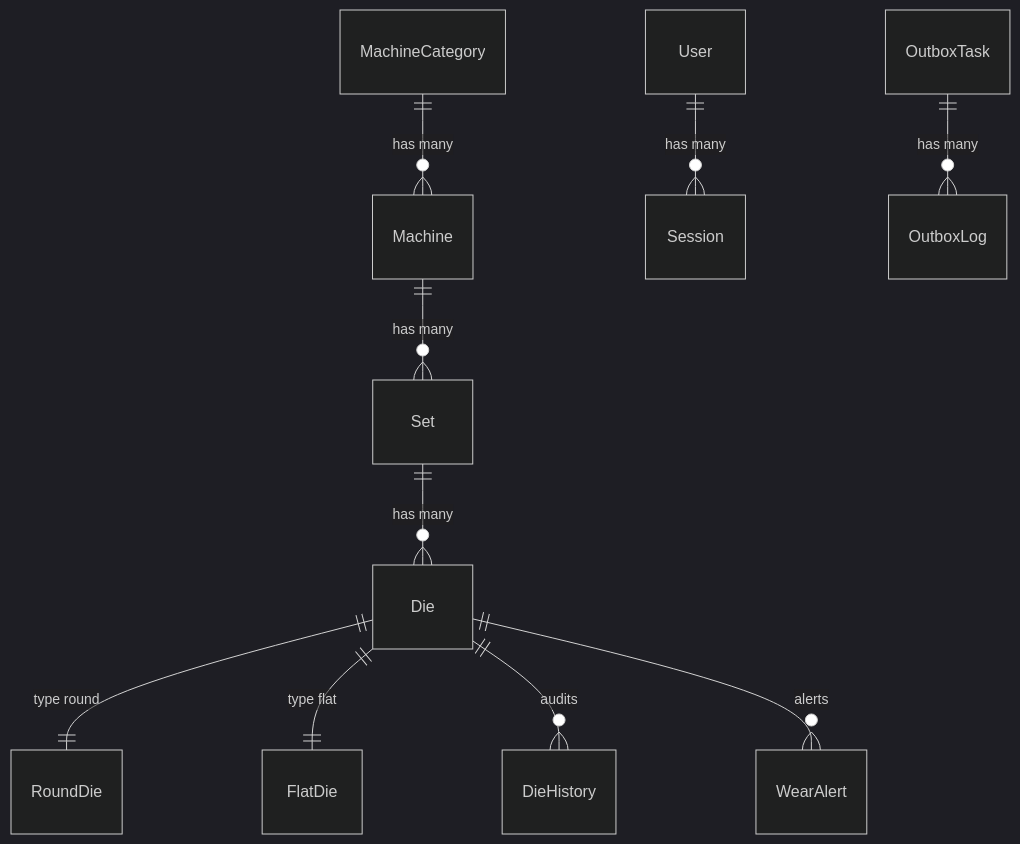
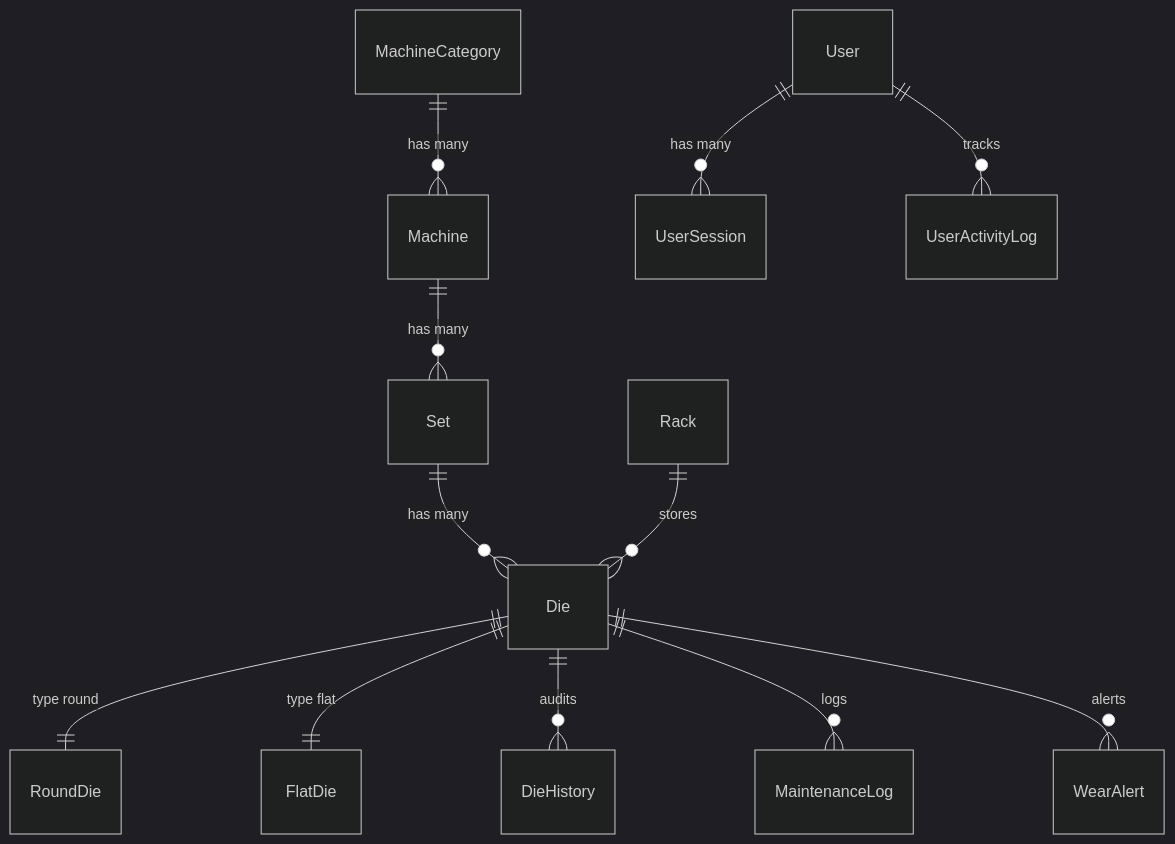
One commit to sauryah/dms-o2 changed the diagram in .dev/architecture/database.md. Above: the diagram before and after it, drawn with Mermaid (dark theme). The commit also changed other lines of this file and 18 other files, not shown here.

````diff
--- a/.dev/architecture/database.md
+++ b/.dev/architecture/database.md
@@ -10,12 +10,14 @@
 ```mermaid
 erDiagram
     MachineCategory ||--o{ Machine : "has many"
     Machine ||--o{ Set : "has many"
     Set ||--o{ Die : "has many"
+    Rack ||--o{ Die : "stores"
     Die ||--|| RoundDie : "type round"
     Die ||--|| FlatDie : "type flat"
     Die ||--o{ DieHistory : "audits"
+    Die ||--o{ MaintenanceLog : "logs"
     Die ||--o{ WearAlert : "alerts"
-    User ||--o{ Session : "has many"
-    OutboxTask ||--o{ OutboxLog : "has many"
+    User ||--o{ UserSession : "has many"
+    User ||--o{ UserActivityLog : "tracks"
 ```
````
